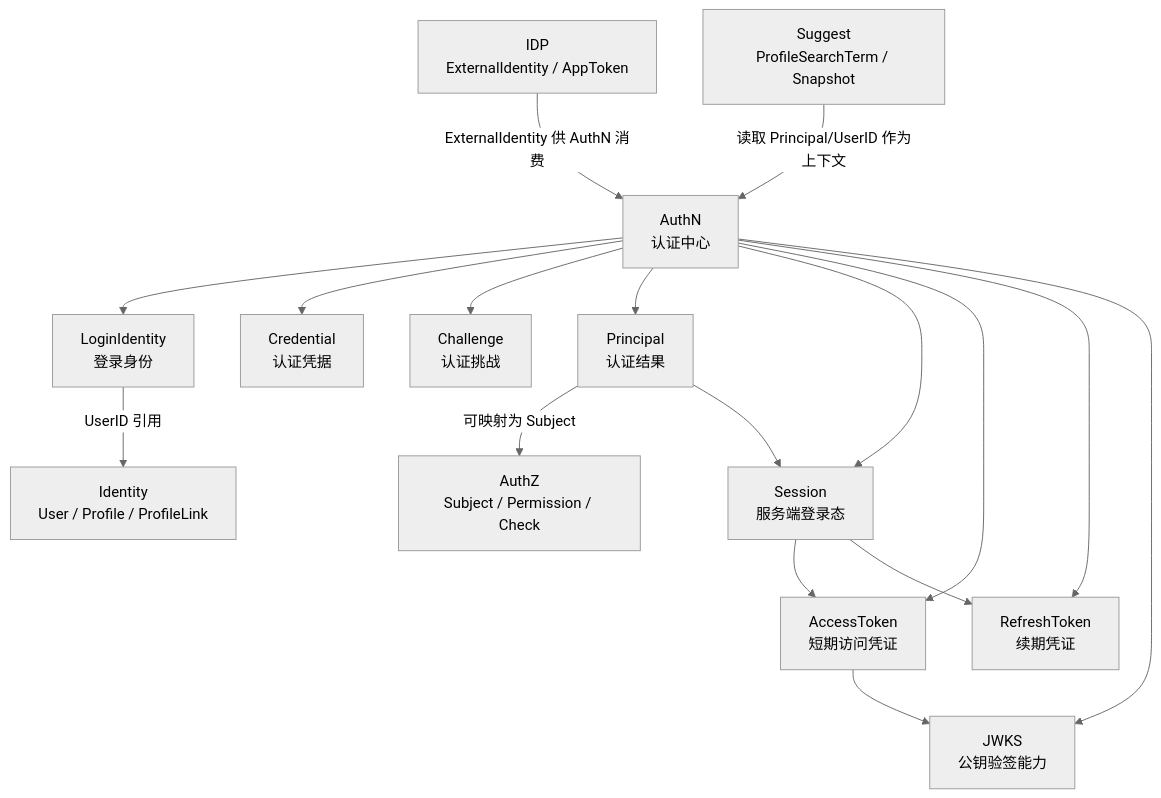
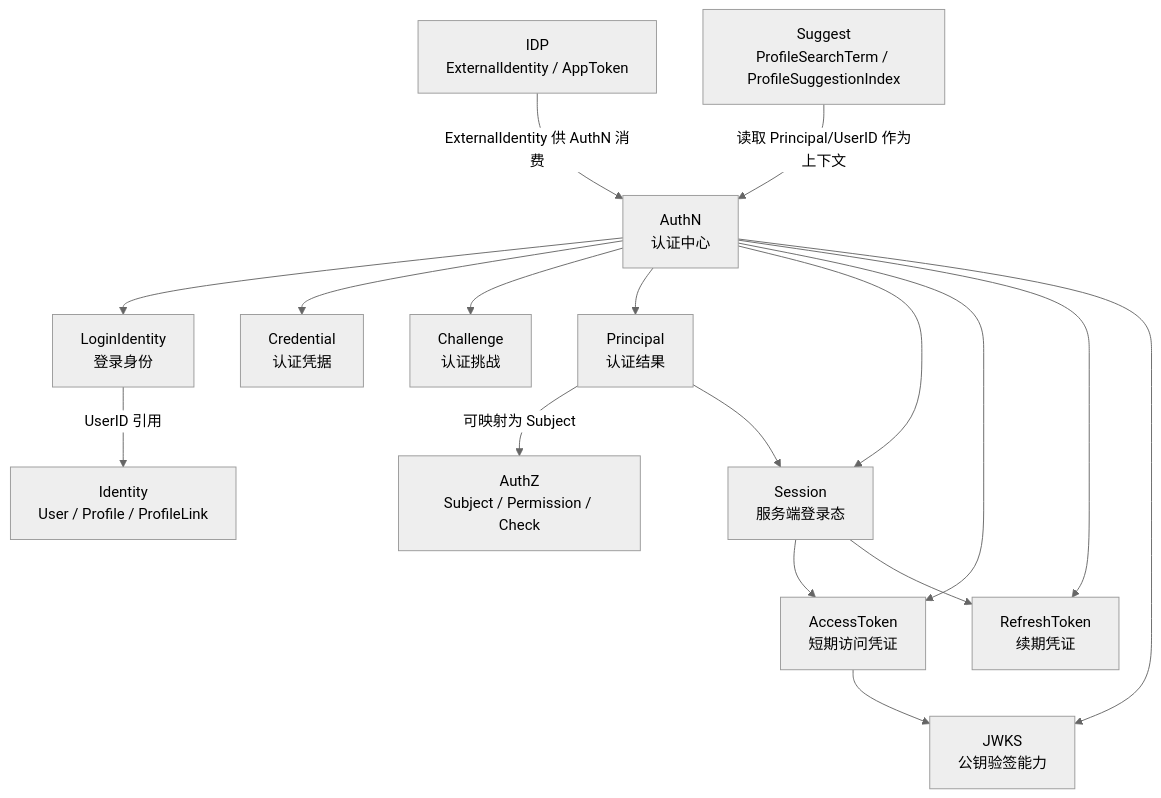
One commit to FangcunMount/iam changed the diagram in docs/02-业务模块/02-AuthN/README.md. Above: the diagram before and after it, drawn with Mermaid (neutral theme). The commit also changed other lines of this file and 141 other files, not shown here.

````diff
--- a/docs/02-业务模块/02-AuthN/README.md
+++ b/docs/02-业务模块/02-AuthN/README.md
@@ -115,37 +115,37 @@
 ```mermaid
 flowchart TD
     AuthN["AuthN\n认证中心"]
 
     LI["LoginIdentity\n登录身份"]
     C["Credential\n认证凭据"]
     CH["Challenge\n认证挑战"]
     P["Principal\n认证结果"]
     S["Session\n服务端登录态"]
     AT["AccessToken\n短期访问凭证"]
     RT["RefreshToken\n续期凭证"]
     JWKS["JWKS\n公钥验签能力"]
 
     Identity["Identity\nUser / Profile / ProfileLink"]
     IDP["IDP\nExternalIdentity / AppToken"]
     AuthZ["AuthZ\nSubject / Permission / Check"]
-    Suggest["Suggest\nProfileSearchTerm / Snapshot"]
+    Suggest["Suggest\nProfileSearchTerm / ProfileSuggestionIndex"]
 
     AuthN --> LI
     AuthN --> C
     AuthN --> CH
     AuthN --> P
     AuthN --> S
     AuthN --> AT
     AuthN --> RT
     AuthN --> JWKS
 
     LI -->|UserID 引用| Identity
     IDP -->|ExternalIdentity 供 AuthN 消费| AuthN
     P -->|可映射为 Subject| AuthZ
     Suggest -->|读取 Principal/UserID 作为上下文| AuthN
 
     P --> S
     S --> AT
     S --> RT
     AT --> JWKS
 ```
````
